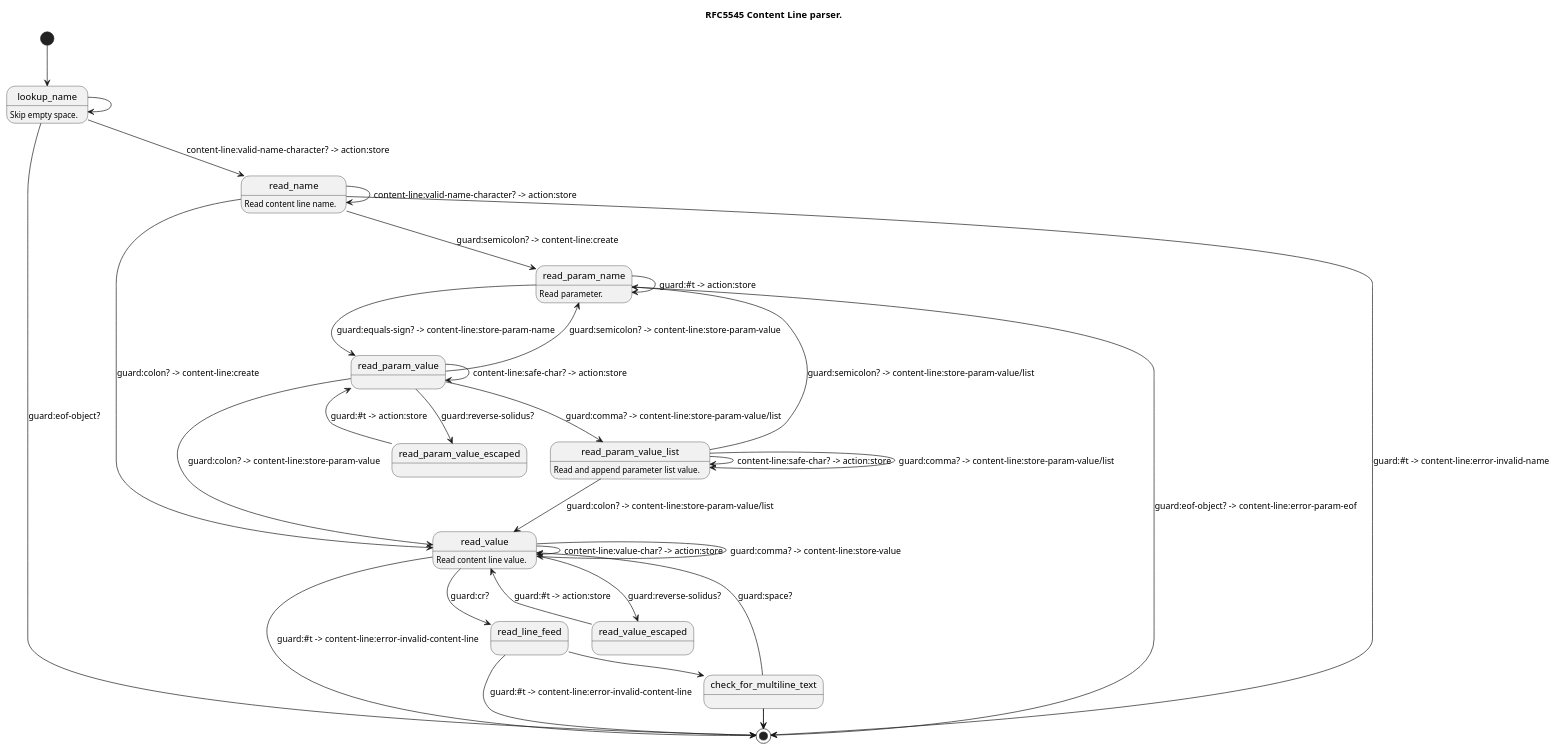
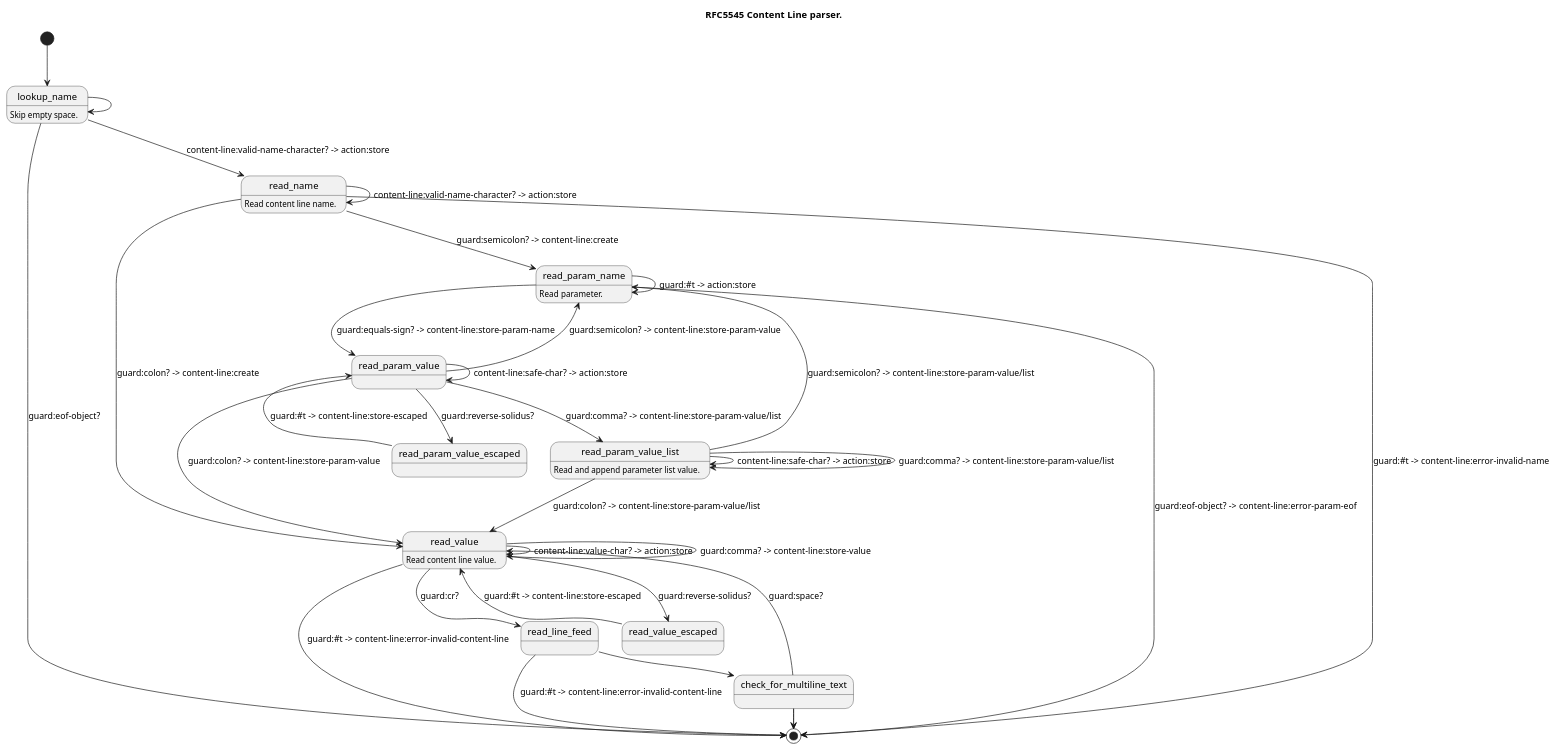
One commit to artyom-poptsov/guile-ics changed the diagram in modules/ics/fsm/content-line-parser.puml. Above: the diagram before and after it, drawn with PlantUML. The commit also changed 2 other files, not shown here.

Commit message:
modules/ics/fsm/content-line-parser: Handle newlines
* modules/ics/fsm/content-line-parser.puml (read_value_escaped)
  (read_param_value_escaped): Convert '\n' into proper newlines.
* modules/ics/fsm/content-line-context.scm (content-line:store-escaped): New
  procedure.
* tests/content-line-parser.scm: Add new tests.

```diff
--- a/modules/ics/fsm/content-line-parser.puml
+++ b/modules/ics/fsm/content-line-parser.puml
@@ -1,94 +1,94 @@
 @startuml
 title RFC5545 Content Line parser.
 
 ' ---------------------------------------------------------------------------
 ' Content Line ABNF:
 '   contentline   = name *(";" param ) ":" value CRLF
 '
 ' <https://datatracker.ietf.org/doc/html/rfc5545#section-3.1>
 
 [*] --> lookup_name
 
 ' ---------------------------------------------------------------------------
 ' name          = iana-token / x-name
 ' iana-token    = 1*(ALPHA / DIGIT / "-")
 '   ; iCalendar identifier registered with IANA
 '
 ' x-name        = "X-" [vendorid "-"] 1*(ALPHA / DIGIT / "-")
 '   ; Reserved for experimental use.
 ' vendorid      = 3*(ALPHA / DIGIT)
 '   ; Vendor identification
 
 lookup_name: Skip empty space.
 lookup_name --> [*]: guard:eof-object?
 lookup_name --> read_name: content-line:valid-name-character? -> action:store
 lookup_name ->  lookup_name
 
 read_name: Read content line name.
 read_name --> read_param_name: guard:semicolon? -> content-line:create
 read_name --> read_value:      guard:colon? -> content-line:create
 read_name --> read_name:       content-line:valid-name-character? -> action:store
 read_name --> [*]:             guard:#t -> content-line:error-invalid-name
 
 ' ---------------------------------------------------------------------------
 ' param         = param-name "=" param-value *("," param-value)
 ' param-name    = iana-token / x-name
 
 read_param_name: Read parameter.
 read_param_name --> read_param_value: guard:equals-sign? -> content-line:store-param-name
 read_param_name --> [*]:              guard:eof-object? -> content-line:error-param-eof
 read_param_name ->  read_param_name:  guard:#t -> action:store
 
 ' ---------------------------------------------------------------------------
 ' param-value   = paramtext / quoted-string
 ' paramtext     = *SAFE-CHAR
 ' quoted-string = DQUOTE *QSAFE-CHAR DQUOTE
 ' SAFE-CHAR     = WSP / %x21 / %x23-2B / %x2D-39 / %x3C-7E
 '                   / NON-US-ASCII
 ' QSAFE-CHAR    = WSP / %x21 / %x23-7E / NON-US-ASCII
 '   ; Any character except CONTROL and DQUOTE
 
 read_param_value --> read_param_name:          guard:semicolon? -> content-line:store-param-value
 read_param_value --> read_param_value_escaped: guard:reverse-solidus?
 read_param_value --> read_value:               guard:colon? -> content-line:store-param-value
 read_param_value --> read_param_value_list:    guard:comma? -> content-line:store-param-value/list
 read_param_value ->  read_param_value:         content-line:safe-char? -> action:store
 
-read_param_value_escaped --> read_param_value: guard:#t -> action:store
+read_param_value_escaped --> read_param_value: guard:#t -> content-line:store-escaped
 
 ' ---------------------------------------------------------------------------
 ' List and Field Separators:
 ' <https://datatracker.ietf.org/doc/html/rfc5545#section-3.1.1>
 
 read_param_value_list: Read and append parameter list value.
 read_param_value_list --> read_param_name:       guard:semicolon? -> content-line:store-param-value/list
 read_param_value_list --> read_value:            guard:colon? -> content-line:store-param-value/list
 read_param_value_list --> read_param_value_list: guard:comma? -> content-line:store-param-value/list
 read_param_value_list ->  read_param_value_list: content-line:safe-char? -> action:store
 
 ' ---------------------------------------------------------------------------
 ' VALUE-CHAR    = WSP / %x21-7E / NON-US-ASCII
 '   ; Any textual characters
 ' NON-US-ASCII  = UTF8-2 / UTF8-3 / UTF8-4
 '   ; UTF8-2, UTF8-3, and UTF8-4 are defined in [RFC3629]
 '
 ' CONTROL       = %x00-08 / %x0A-1F / %x7F
 '   ; All the controls except HTAB
 
 read_value: Read content line value.
 read_value --> read_line_feed:     guard:cr?
 read_value --> read_value_escaped: guard:reverse-solidus?
 read_value --> read_value:         guard:comma? -> content-line:store-value
 read_value ->  read_value:         content-line:value-char? -> action:store
 read_value --> [*]:                guard:#t -> content-line:error-invalid-content-line
 
-read_value_escaped --> read_value: guard:#t -> action:store
+read_value_escaped --> read_value: guard:#t -> content-line:store-escaped
 
 read_line_feed ->  check_for_multiline_text: guard:lf?
 read_line_feed --> [*]: guard:#t -> content-line:error-invalid-content-line
 
 check_for_multiline_text -> [*]: guard:eof-object? -> content-line:store-value
 check_for_multiline_text -> read_value: guard:space?
 check_for_multiline_text -> [*]: guard:#t -> content-line:store-value/unget-char
 
 @enduml
```
